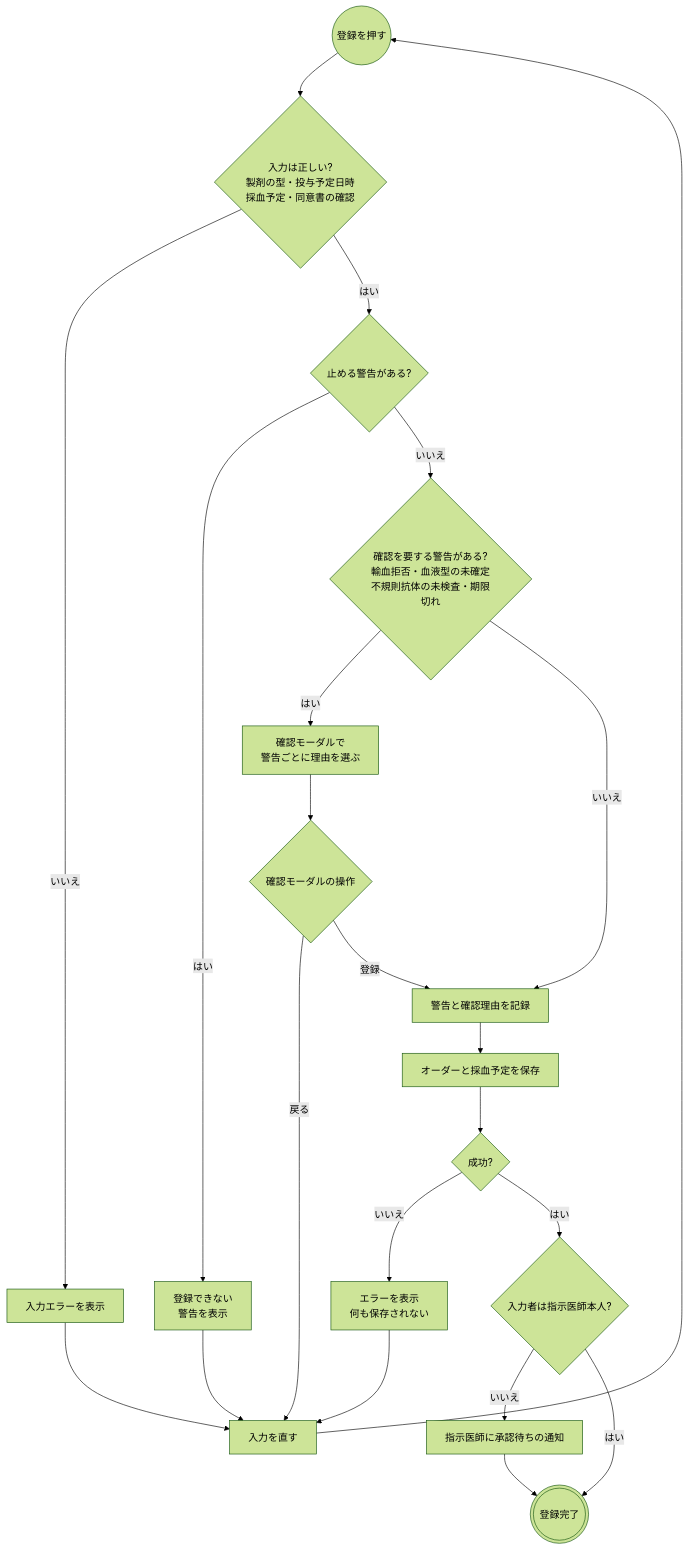
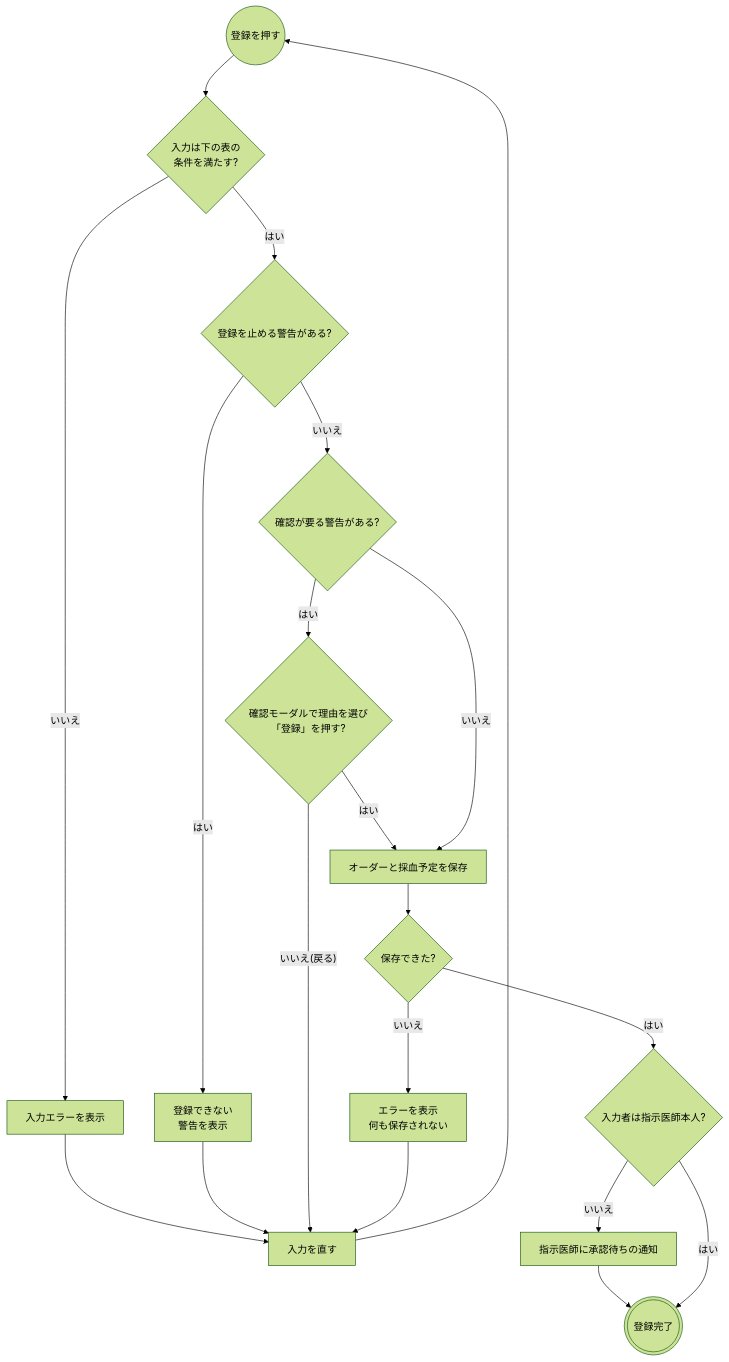
Before and after one commit to ysnr-dev/fhir-client: the second of 16 diagrams in docs/order-flows/transfusion.md, drawn with Mermaid (forest theme). The commit also changed other lines of this file and 14 other files, not shown here.

Commit message:
docs: 業務フローに書き方の決まりを追加し図と用語を整理

````diff
--- a/docs/order-flows/transfusion.md
+++ b/docs/order-flows/transfusion.md
@@ -80,34 +131,32 @@
 ```mermaid
 flowchart TD
   submit(("登録を押す"))
-  valid{"入力は正しい?<br/>製剤の型・投与予定日時<br/>採血予定・同意書の確認"}
+  valid{"入力は下の表の<br/>条件を満たす?"}
   validError["入力エラーを表示"]
-  blocked{"止める警告がある?"}
+  fix["入力を直す"]
+  blocked{"登録を止める警告がある?"}
   blockedError["登録できない<br/>警告を表示"]
-  confirm{"確認を要する警告がある?<br/>輸血拒否・血液型の未確定<br/>不規則抗体の未検査・期限切れ"}
-  modal["確認モーダルで<br/>警告ごとに理由を選ぶ"]
-  choice{"確認モーダルの操作"}
-  ledger["警告と確認理由を記録"]
+  confirm{"確認が要る警告がある?"}
+  modal{"確認モーダルで理由を選び<br/>「登録」を押す?"}
   send["オーダーと採血予定を保存"]
-  result{"成功?"}
+  result{"保存できた?"}
   failed["エラーを表示<br/>何も保存されない"]
   proxy{"入力者は指示医師本人?"}
   approval["指示医師に承認待ちの通知"]
   done((("登録完了")))
-  fix["入力を直す"]
 
   submit --> valid
   valid -- "いいえ" --> validError --> fix --> submit
   valid -- "はい" --> blocked
   blocked -- "はい" --> blockedError --> fix
   blocked -- "いいえ" --> confirm
-  confirm -- "はい" --> modal --> choice
-  choice -- "戻る" --> fix
-  choice -- "登録" --> ledger
-  confirm -- "いいえ" --> ledger
-  ledger --> send --> result
+  confirm -- "はい" --> modal
+  modal -- "いいえ(戻る)" --> fix
+  modal -- "はい" --> send
+  confirm -- "いいえ" --> send
+  send --> result
   result -- "いいえ" --> failed --> fix
   result -- "はい" --> proxy
   proxy -- "いいえ" --> approval --> done
   proxy -- "はい" --> done
 ```
````
